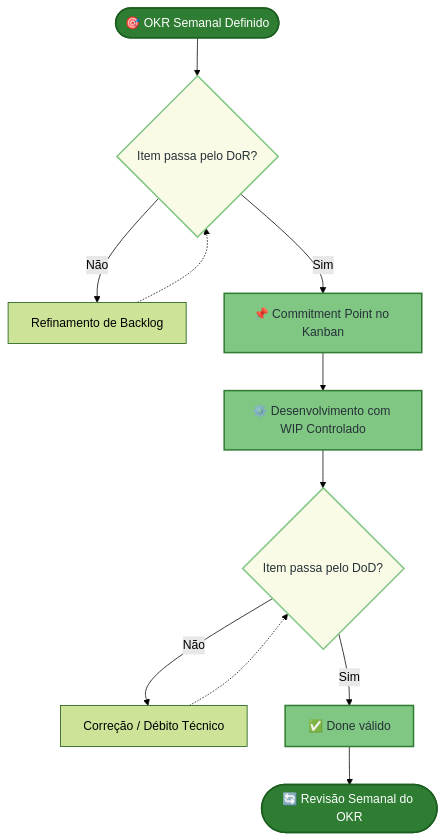
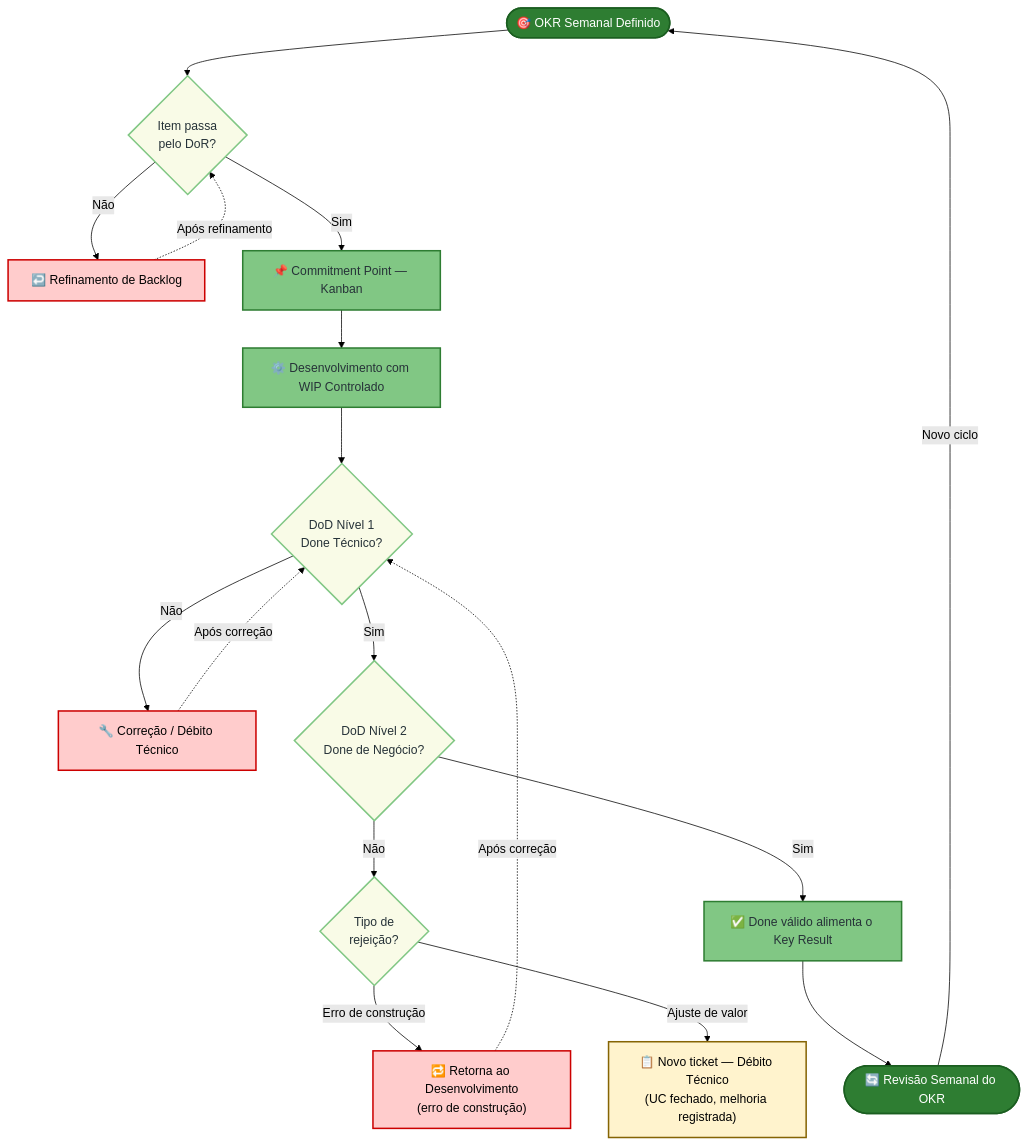
The diagram in docs/dor-e-dod/README.md (mdsreq-fga-unb/REQ-2026.1-T01-EcoQuest), drawn with Mermaid (forest theme) before and after one commit. The commit also changed other lines of this file and 2 other files, not shown here.

Commit message:
Refinamento de critérios de dor e dod

````diff
--- a/docs/dor-e-dod/README.md
+++ b/docs/dor-e-dod/README.md
@@ -94,31 +100,45 @@
 ```mermaid
 flowchart TD
-    %% 1. Estrutura de Nós e Conexões (Textos blindados com aspas duplas)
-    A(["🎯 OKR Semanal Definido"]) --> B{"Item passa pelo DoR?"}
-    
-    B -->|"Não"| B_Refine["Refinamento de Backlog"]
-    B_Refine -.-> B
-    
-    B -->|"Sim"| C["📌 Commitment Point no Kanban"]
-    
-    C --> D["⚙️ Desenvolvimento com WIP Controlado"]
-    
-    D --> E{"Item passa pelo DoD?"}
-    
-    E -->|"Não"| E_Fix["Correção / Débito Técnico"]
-    E_Fix -.-> E
-    
-    E -->|"Sim"| F["✅ Done válido"]
-    
-    F --> G(["🔄 Revisão Semanal do OKR"])
+    OKR(["🎯 OKR Semanal Definido"])
+    DOR{"Item passa\npelo DoR?"}
+    REFINE["↩️ Refinamento de Backlog"]
+    CP["📌 Commitment Point — Kanban"]
+    WIP["⚙️ Desenvolvimento com WIP Controlado"]
+    DOD1{"DoD Nível 1\nDone Técnico?"}
+    FIX["🔧 Correção / Débito Técnico"]
+    DOD2{"DoD Nível 2\nDone de Negócio?"}
+    REJ{"Tipo de\nrejeição?"}
+    HOMOLOG["🔁 Retorna ao Desenvolvimento\n(erro de construção)"]
+    DEBT["📋 Novo ticket — Débito Técnico\n(UC fechado, melhoria registrada)"]
+    KR["✅ Done válido alimenta o Key Result"]
+    REV(["🔄 Revisão Semanal do OKR"])
 
-    %% 2. Aplicação de Classes 
-    class A,G objetivo
-    class B,E gate
-    class C,D,F execucao
+    OKR --> DOR
+    DOR -->|"Não"| REFINE
+    REFINE -.->|"Após refinamento"| DOR
+    DOR -->|"Sim"| CP
+    CP --> WIP
+    WIP --> DOD1
+    DOD1 -->|"Não"| FIX
+    FIX -.->|"Após correção"| DOD1
+    DOD1 -->|"Sim"| DOD2
+    DOD2 -->|"Não"| REJ
+    REJ -->|"Erro de construção"| HOMOLOG
+    REJ -->|"Ajuste de valor"| DEBT
+    HOMOLOG -.->|"Após correção"| DOD1
+    DOD2 -->|"Sim"| KR
+    KR --> REV
+    REV -->|"Novo ciclo"| OKR
 
-    %% 3. Definição de Estilos 
     classDef objetivo fill:#2E7D32,stroke:#1b5e20,stroke-width:2px,color:#fff
     classDef gate fill:#F9FBE7,stroke:#81C784,stroke-width:2px,color:#263238
     classDef execucao fill:#81C784,stroke:#2E7D32,stroke-width:2px,color:#263238
+    classDef bloqueio fill:#ffcccc,stroke:#cc0000,stroke-width:2px,color:#000
+    classDef debito fill:#fff3cd,stroke:#856404,stroke-width:2px,color:#000
+
+    class OKR,REV objetivo
+    class DOR,DOD1,DOD2,REJ gate
+    class CP,WIP,KR execucao
+    class REFINE,FIX,HOMOLOG bloqueio
+    class DEBT debito
 ```
````
